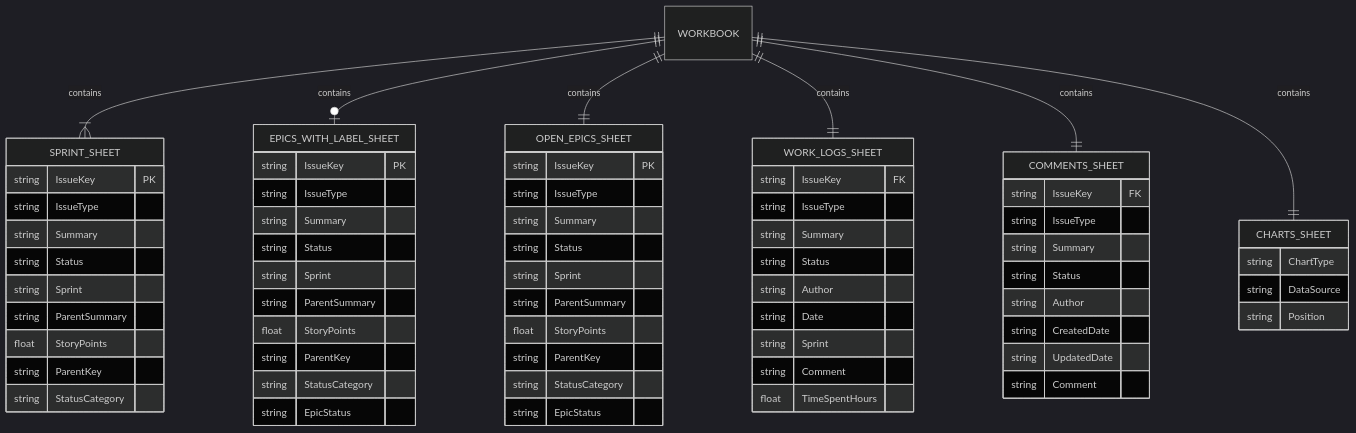
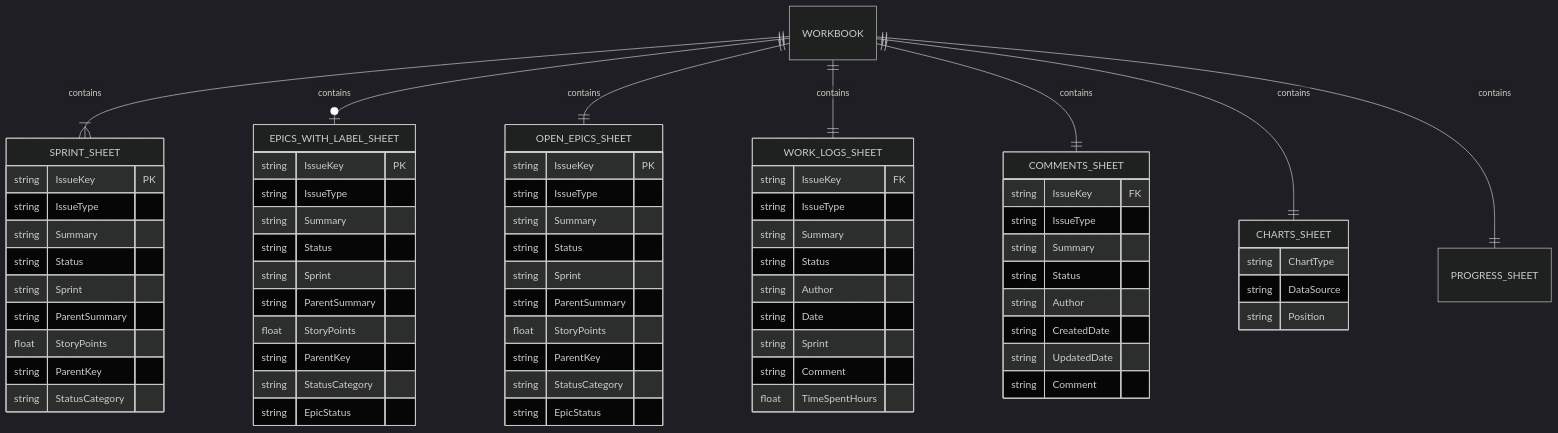
The first of 7 diagrams in docs/database.md (felipe-stanham/Jira-API-Extractor), drawn with Mermaid (dark theme) before and after one commit. The commit also changed other lines of this file and 4 other files, not shown here.

````diff
--- a/docs/database.md
+++ b/docs/database.md
@@ -9,76 +9,77 @@
 ```mermaid
 erDiagram
     WORKBOOK ||--|{ SPRINT_SHEET : contains
     WORKBOOK ||--o| EPICS_WITH_LABEL_SHEET : contains
     WORKBOOK ||--|| OPEN_EPICS_SHEET : contains
     WORKBOOK ||--|| WORK_LOGS_SHEET : contains
     WORKBOOK ||--|| COMMENTS_SHEET : contains
     WORKBOOK ||--|| CHARTS_SHEET : contains
+    WORKBOOK ||--|| PROGRESS_SHEET : contains
     
     SPRINT_SHEET {
         string IssueKey PK
         string IssueType
         string Summary
         string Status
         string Sprint
         string ParentSummary
         float StoryPoints
         string ParentKey
         string StatusCategory
     }
     
     EPICS_WITH_LABEL_SHEET {
         string IssueKey PK
         string IssueType
         string Summary
         string Status
         string Sprint
         string ParentSummary
         float StoryPoints
         string ParentKey
         string StatusCategory
         string EpicStatus
     }
     
     OPEN_EPICS_SHEET {
         string IssueKey PK
         string IssueType
         string Summary
         string Status
         string Sprint
         string ParentSummary
         float StoryPoints
         string ParentKey
         string StatusCategory
         string EpicStatus
     }
     
     WORK_LOGS_SHEET {
         string IssueKey FK
         string IssueType
         string Summary
         string Status
         string Author
         string Date
         string Sprint
         string Comment
         float TimeSpentHours
     }
     
     COMMENTS_SHEET {
         string IssueKey FK
         string IssueType
         string Summary
         string Status
         string Author
         string CreatedDate
         string UpdatedDate
         string Comment
     }
     
     CHARTS_SHEET {
         string ChartType
         string DataSource
         string Position
     }
 ```
````
